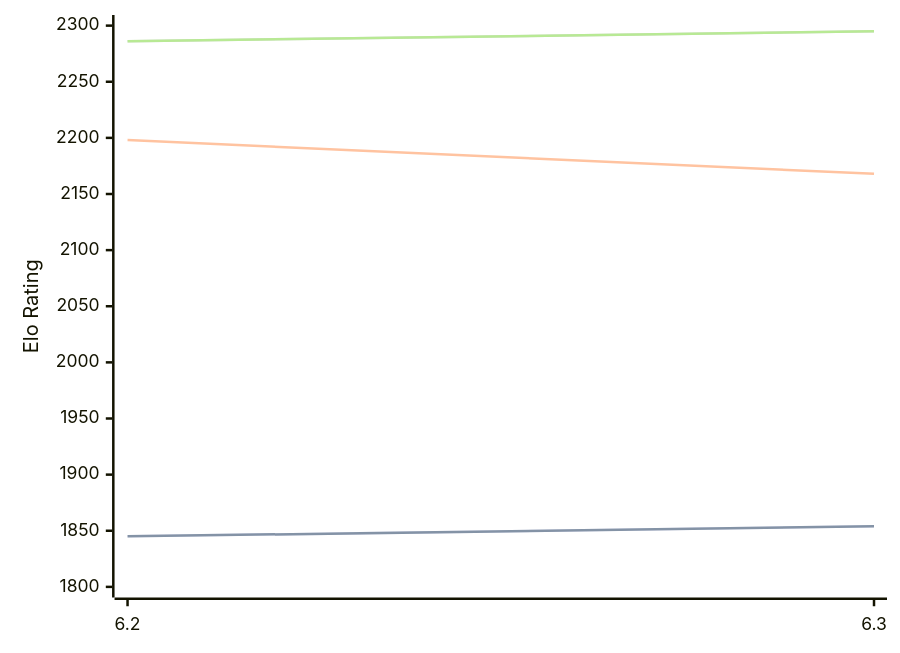
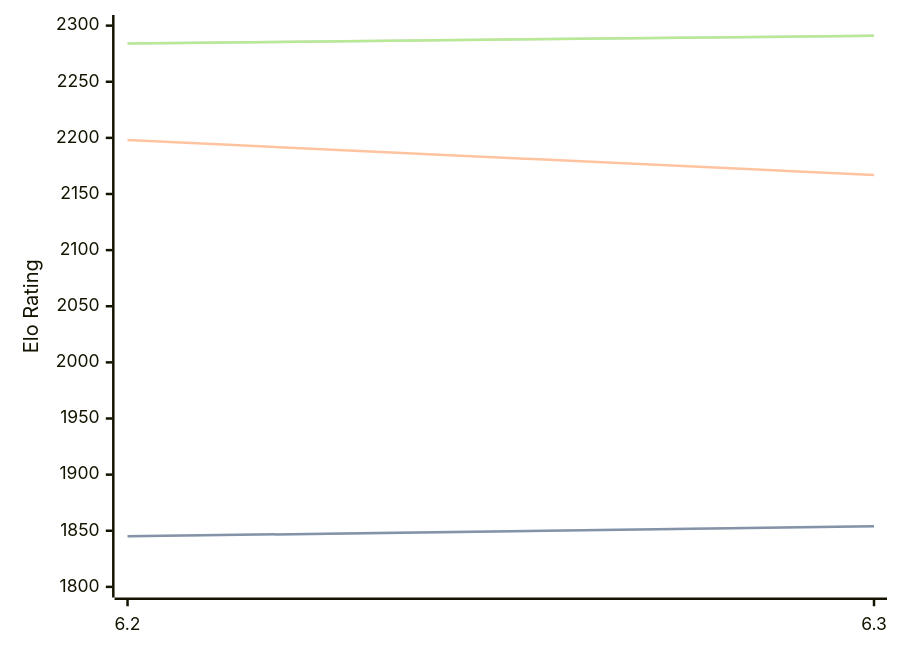
The diagram in engines/chess4j.md (computer-chess-index/cci), drawn with Mermaid before and after one commit. The commit also changed other lines of this file, not shown here.

Commit message:
Update CCI Ratings (ELO VLTC) - 2026-08-12

````diff
--- a/engines/chess4j.md
+++ b/engines/chess4j.md
@@ -32,11 +32,11 @@
 ```mermaid
 %%{init: {"theme":"base","themeVariables":{"seriesColors:['#a3a3a3','#222221','#faa371']}}}%%
 xychart-beta
   x-axis ["6.2", "6.3"]
   y-axis "Elo Rating" 1800 --> 2300
   line "STC (8.0+0.08s)" [1845, 1854]
   line "STC (8.0+0.08s)" [1845, 1854]
-  line "LTC (60.0+0.60s)" [2198, 2168]
-  line "VLTC (2m24s+1.12s)" [2286, 2295]
-  line "VLTC (2m24s+1.12s)" [2286, 2295]
+  line "LTC (60.0+0.60s)" [2198, 2167]
+  line "VLTC (2m24s+1.12s)" [2284, 2291]
+  line "VLTC (2m24s+1.12s)" [2284, 2291]
 ```
````
